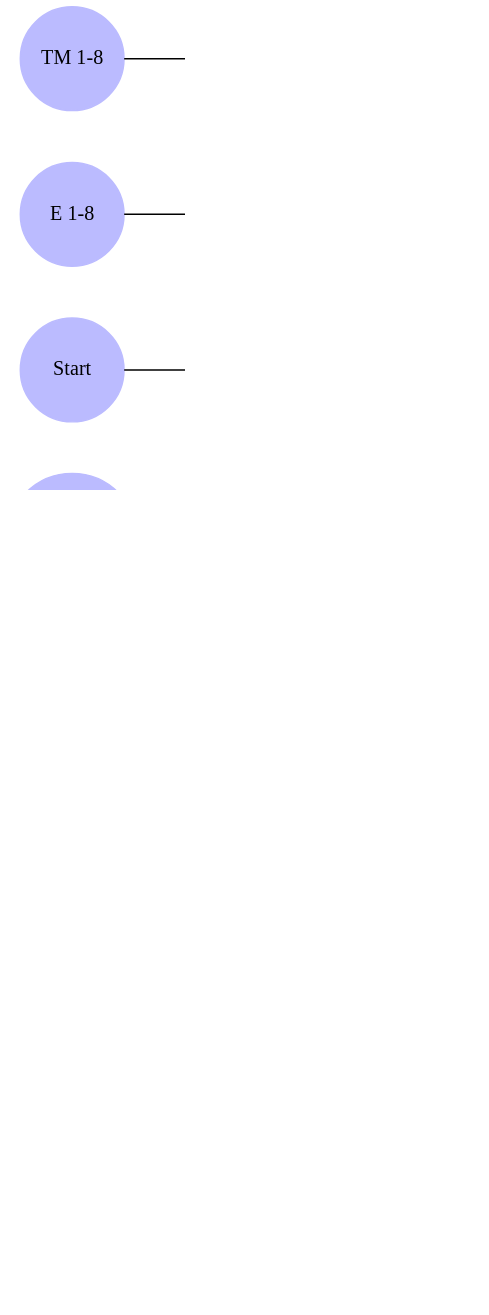
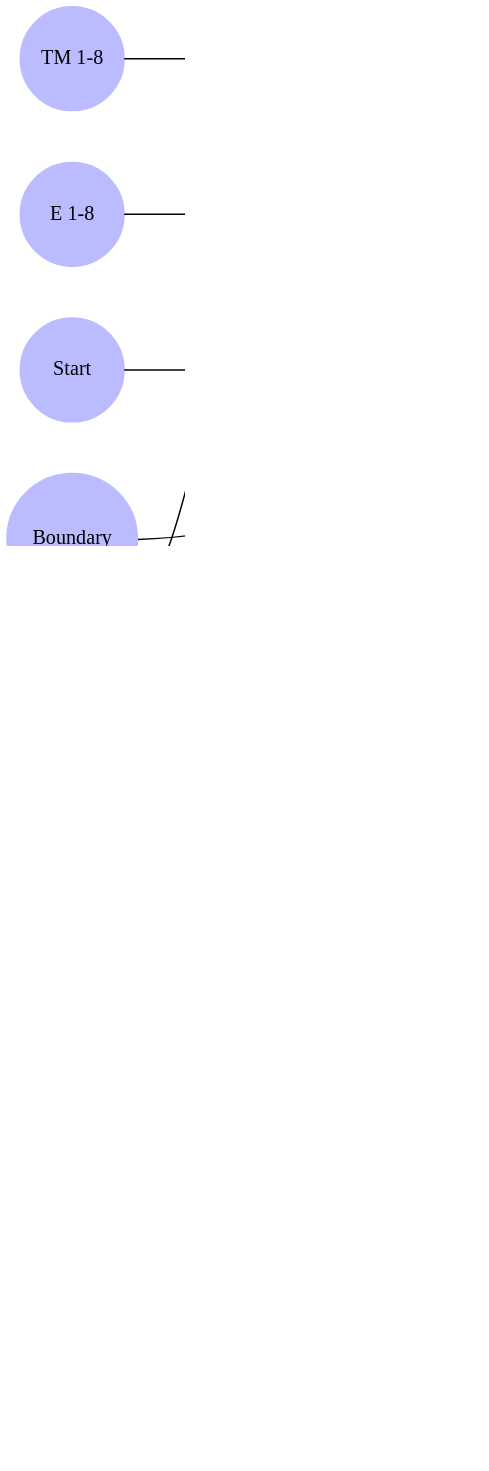
The diagram in 31337.dot (rasmusgreve/neuralturingmachines), drawn with Graphviz before and after one commit. The commit also changed 2 other files, not shown here.

Commit message:
Updated graphs

```diff
--- a/31337.dot
+++ b/31337.dot
@@ -1,92 +1,97 @@
 digraph G {
 	rankdir=LR;
 	ranksep=2;
 	dpi=200
 	node [height=1, width=1]
 
 	subgraph ins {
 		rank=same;
 		node [color="#BBBBFF", style=filled, shape=circle];
 		Start;
 		Boundary;
 		E1[label="E 1-8"];
 		M1[label="TM 1-8"];
 		M9[label="TM 9"];
 		M10[label="TM 10"];
+		M11[label="TM 11"];
 		Bias;
 	}
 
 	subgraph outs {
 		rank=same;
 		node [color="#FFBBBB", style=filled, shape=circle];
 		Eo1[label="E 1-8"];
 		Mo1[label="TM 1-8"];
 		Mo9[label="TM 9"];
 		Mo10[label="TM 10"];
+		Mo11[label="TM 11"];
 		Write;
 		Jump;
 		Left;
 		Stay;
 		Right;
 	}
 
 	node [shape=circle];
 
 	Bias -> Write [label="5,00"];
 	Start -> Mo9 [label="10,00"];
 	Bias -> Mo1 [label="-5,00"];
 	Bias -> Right [label="10,00"];
 	Boundary -> Mo9 [label="10,00"];
 	Bias -> Jump [label="-5,00"];
 	Bias -> Mo9 [label="-5,00"];
 	M1 -> Eo1 [label="10,00"];
 	E1 -> Mo1 [label="10,00"];
 	Bias -> Eo1 [label="-5,00"];
 	Boundary -> Jump [label="10,00"];
 
 	edge [style=invis]
 	M1 -> E1;
 	E1 -> Start;
 	Start -> Boundary;
 	Boundary -> Bias;
 	Bias -> M9;
 	M9 -> M10;
+	M10 -> M11;
 	
 	Eo1 -> Mo1;
 	Eo1 -> Mo9;
 	Eo1 -> Mo10;
 	Eo1 -> Write;
 	Eo1 -> Jump;
 	Eo1 -> Left;
 	Eo1 -> Stay;
 	Eo1 -> Right;
 	Mo1 -> Mo9;
 	Mo1 -> Mo10;
 	Mo1 -> Write;
 	Mo1 -> Jump;
 	Mo1 -> Left;
 	Mo1 -> Stay;
 	Mo1 -> Right;
 	Mo9 -> Mo10;
 	Mo9 -> Write;
 	Mo9 -> Jump;
 	Mo9 -> Left;
 	Mo9 -> Stay;
 	Mo9 -> Right;
 	Mo10 -> Write;
 	Mo10 -> Jump;
 	Mo10 -> Left;
 	Mo10 -> Stay;
 	Mo10 -> Right;
+	Mo10 -> Mo11;
+	Mo11 -> Write;
 	Write -> Jump;
 	Write -> Left;
 	Write -> Stay;
 	Write -> Right;
 	Jump -> Left;
 	Jump -> Stay;
 	Jump -> Right;
 	Left -> Stay;
 	Left -> Right;
 	Stay -> Right;
 
 }
```
